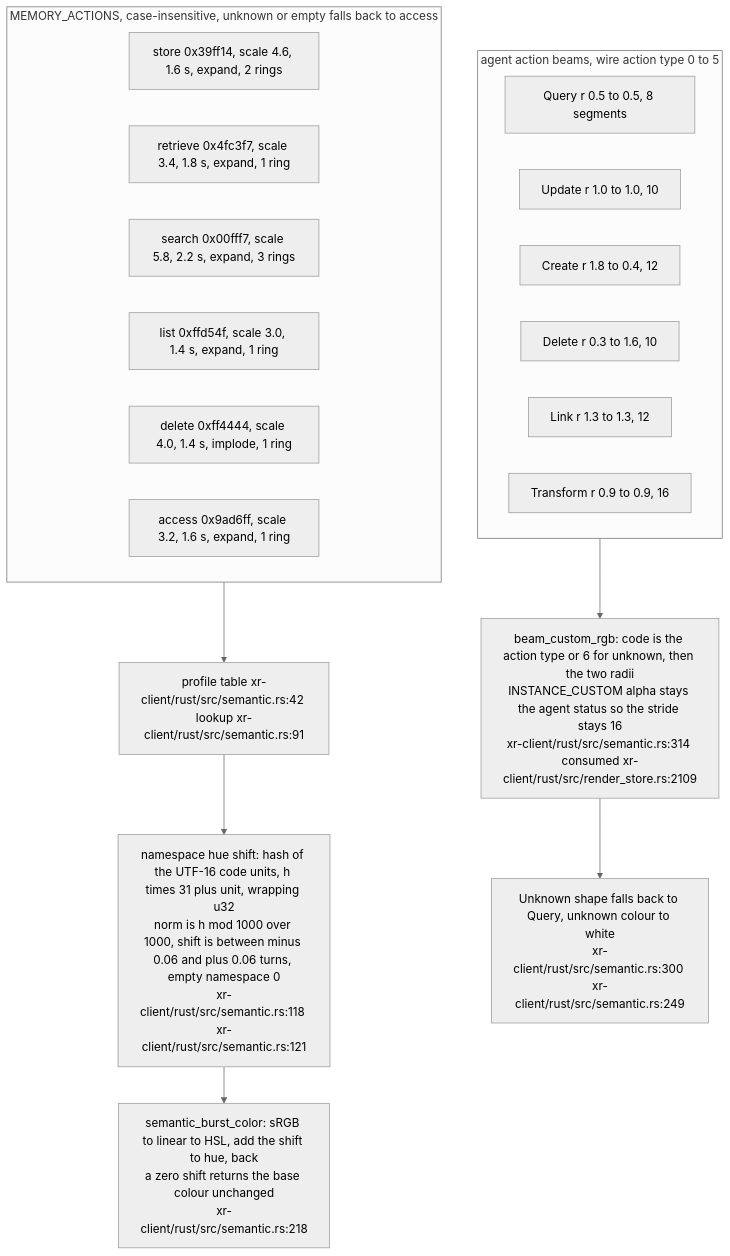
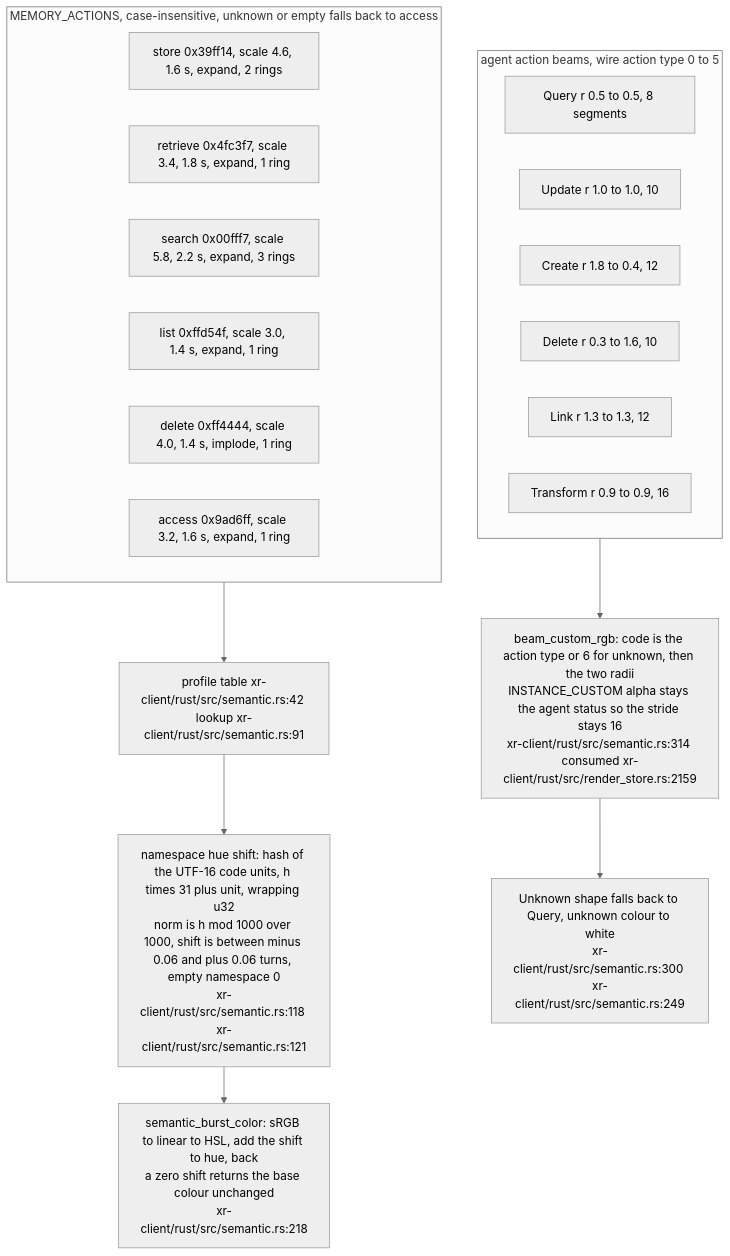
One commit to DreamLab-AI/VisionFlow changed diagram 19 of 19 in docs/diagrams/visionclaw/38-xr-memory-cloud-internals.md. Above: the diagram before and after it, drawn with Mermaid (neutral theme). The commit also changed other lines of this file and 173 other files, not shown here.

````diff
--- a/docs/diagrams/visionclaw/38-xr-memory-cloud-internals.md
+++ b/docs/diagrams/visionclaw/38-xr-memory-cloud-internals.md
@@ -710,27 +710,27 @@
 ```mermaid
 flowchart TB
     subgraph verbs["MEMORY_ACTIONS, case-insensitive, unknown or empty falls back to access"]
         V0["store 0x39ff14, scale 4.6, 1.6 s, expand, 2 rings"]
         V1["retrieve 0x4fc3f7, scale 3.4, 1.8 s, expand, 1 ring"]
         V2["search 0x00fff7, scale 5.8, 2.2 s, expand, 3 rings"]
         V3["list 0xffd54f, scale 3.0, 1.4 s, expand, 1 ring"]
         V4["delete 0xff4444, scale 4.0, 1.4 s, implode, 1 ring"]
         V5["access 0x9ad6ff, scale 3.2, 1.6 s, expand, 1 ring"]
     end
     SRC["profile table xr-client/rust/src/semantic.rs:42 lookup xr-client/rust/src/semantic.rs:91"]
     HUE["namespace hue shift: hash of the UTF-16 code units, h times 31 plus unit, wrapping u32<br/>norm is h mod 1000 over 1000, shift is between minus 0.06 and plus 0.06 turns, empty namespace 0<br/>xr-client/rust/src/semantic.rs:118 xr-client/rust/src/semantic.rs:121"]
     COL["semantic_burst_color: sRGB to linear to HSL, add the shift to hue, back<br/>a zero shift returns the base colour unchanged<br/>xr-client/rust/src/semantic.rs:218"]
     subgraph beams["agent action beams, wire action type 0 to 5"]
         B0["Query r 0.5 to 0.5, 8 segments"]
         B1["Update r 1.0 to 1.0, 10"]
         B2["Create r 1.8 to 0.4, 12"]
         B3["Delete r 0.3 to 1.6, 10"]
         B4["Link r 1.3 to 1.3, 12"]
         B5["Transform r 0.9 to 0.9, 16"]
     end
-    BEAM["beam_custom_rgb: code is the action type or 6 for unknown, then the two radii<br/>INSTANCE_CUSTOM alpha stays the agent status so the stride stays 16<br/>xr-client/rust/src/semantic.rs:314 consumed xr-client/rust/src/render_store.rs:2109"]
+    BEAM["beam_custom_rgb: code is the action type or 6 for unknown, then the two radii<br/>INSTANCE_CUSTOM alpha stays the agent status so the stride stays 16<br/>xr-client/rust/src/semantic.rs:314 consumed xr-client/rust/src/render_store.rs:2159"]
     verbs --> SRC --> HUE --> COL
     beams --> BEAM
     N1["Unknown shape falls back to Query, unknown colour to white<br/>xr-client/rust/src/semantic.rs:300 xr-client/rust/src/semantic.rs:249"]
     BEAM --> N1
 ```
````
